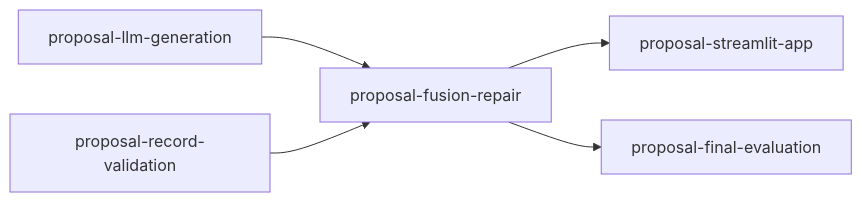
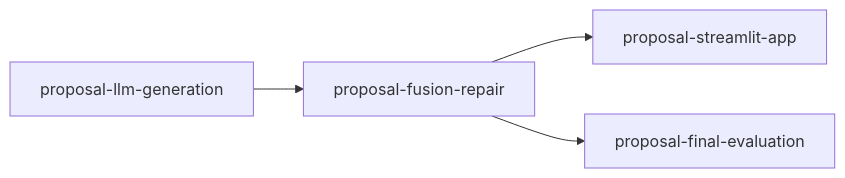
The diagram in tasks/proposal-index.md (joe-dartmouth/synthetic), drawn with Mermaid before and after one commit. The commit also changed other lines of this file and 20 other files, not shown here.

First line of the commit message:
Validate candidate records (proposal-record-validation) (#13)

````diff
--- a/tasks/proposal-index.md
+++ b/tasks/proposal-index.md
@@ -18,7 +17,6 @@
 ```mermaid
 flowchart LR
     llm_generation[proposal-llm-generation] --> fusion_repair[proposal-fusion-repair]
-    record_validation[proposal-record-validation] --> fusion_repair[proposal-fusion-repair]
     fusion_repair[proposal-fusion-repair] --> streamlit_app[proposal-streamlit-app]
     fusion_repair[proposal-fusion-repair] --> final_evaluation[proposal-final-evaluation]
 ```
````
